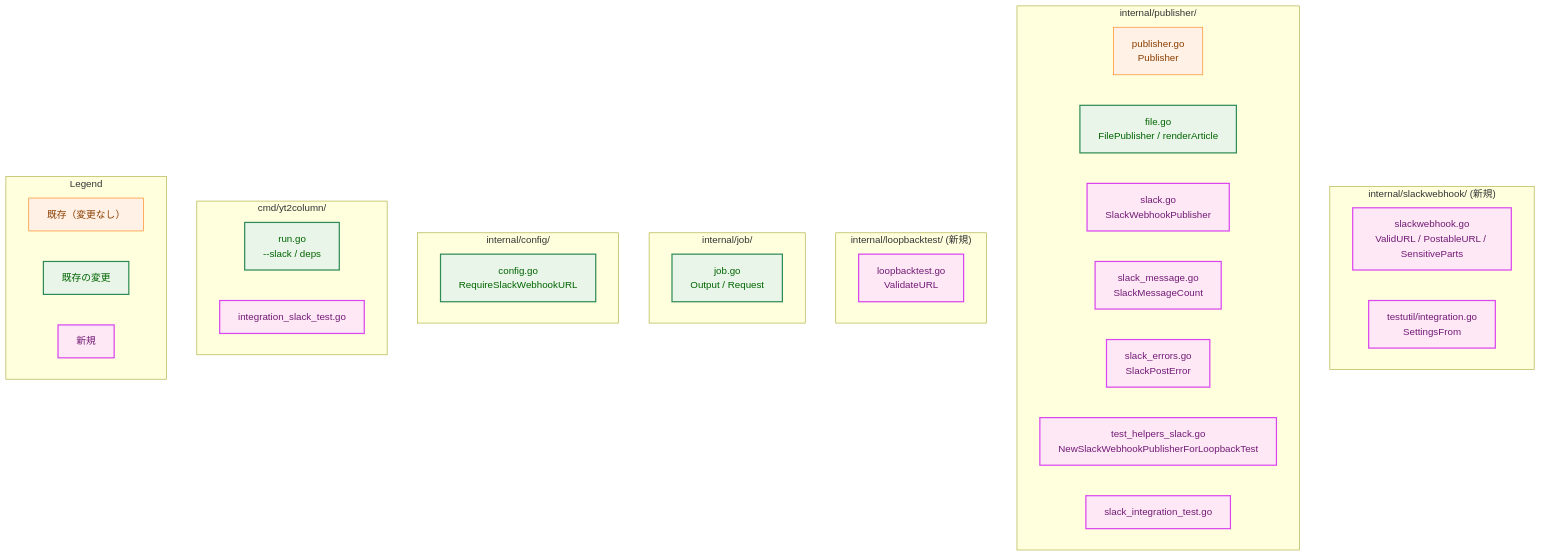
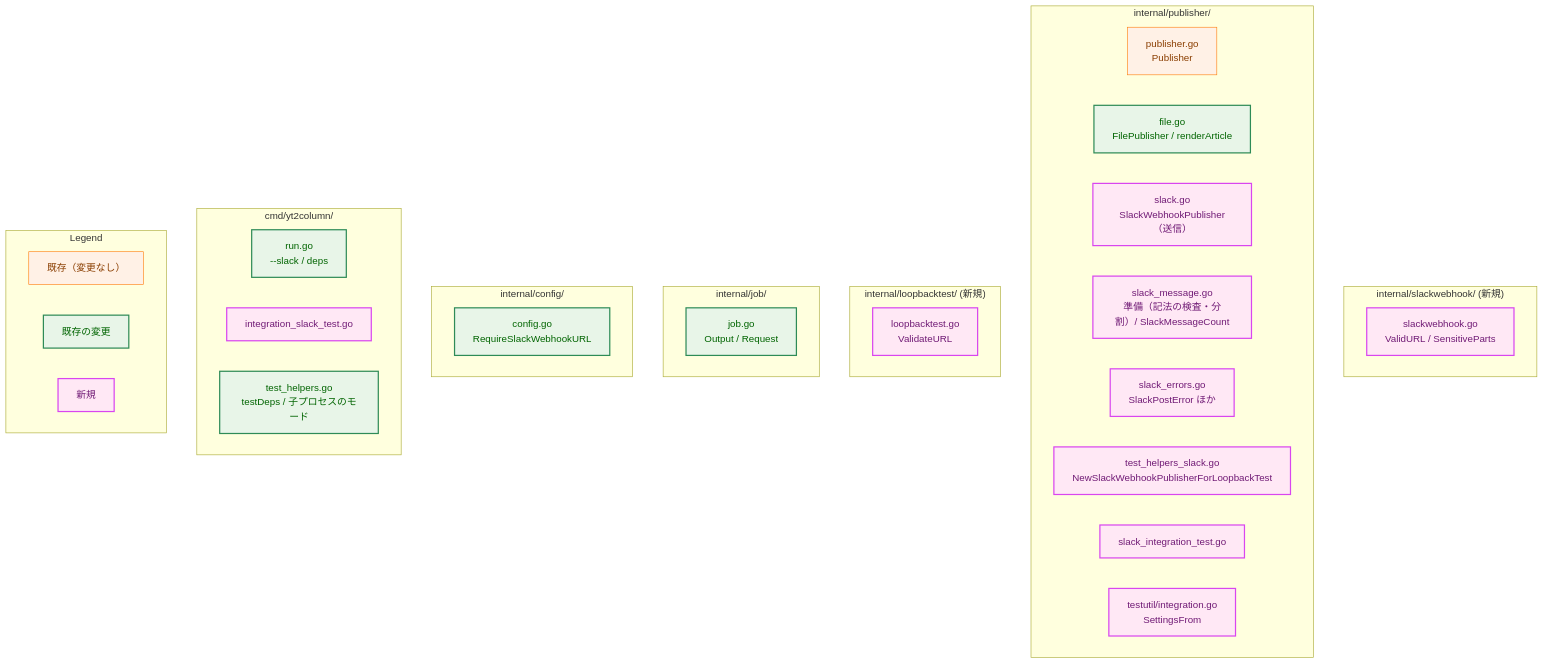
Before and after one commit to isseis/yt2column: the fourth of 7 diagrams in docs/tasks/0006_slack_webhook_publisher/02_architecture.md, drawn with Mermaid. The commit also changed other lines of this file, not shown here.

First line of the commit message:
docs(0006): rewrite the architecture for the Slack-compatible webhook

````diff
--- a/docs/tasks/0006_slack_webhook_publisher/02_architecture.md
+++ b/docs/tasks/0006_slack_webhook_publisher/02_architecture.md
@@ -193,51 +200,52 @@
 ```mermaid
 graph TB
     classDef process fill:#fff1e6,stroke:#ff7f0e,stroke-width:1px,color:#8a3e00;
     classDef enhanced fill:#e8f5e8,stroke:#2e8b57,stroke-width:2px,color:#006400;
     classDef newpkg fill:#ffe8f5,stroke:#d946ef,stroke-width:2px,color:#701a75;
 
     subgraph pkg_sw ["internal/slackwebhook/ (新規)"]
-        SW1["slackwebhook.go<br>ValidURL / PostableURL / SensitiveParts"]
-        SW2["testutil/integration.go<br>SettingsFrom"]
+        SW1["slackwebhook.go<br>ValidURL / SensitiveParts"]
     end
 
     subgraph pkg_pub ["internal/publisher/"]
         P1["publisher.go<br>Publisher"]
         P2["file.go<br>FilePublisher / renderArticle"]
-        P3["slack.go<br>SlackWebhookPublisher"]
-        P4["slack_message.go<br>SlackMessageCount"]
-        P5["slack_errors.go<br>SlackPostError"]
+        P3["slack.go<br>SlackWebhookPublisher（送信）"]
+        P4["slack_message.go<br>準備（記法の検査・分割）/ SlackMessageCount"]
+        P5["slack_errors.go<br>SlackPostError ほか"]
         P6["test_helpers_slack.go<br>NewSlackWebhookPublisherForLoopbackTest"]
         P7["slack_integration_test.go"]
+        P8["testutil/integration.go<br>SettingsFrom"]
     end
 
     subgraph pkg_lb ["internal/loopbacktest/ (新規)"]
         LB1["loopbacktest.go<br>ValidateURL"]
     end
 
     subgraph pkg_job ["internal/job/"]
         J1["job.go<br>Output / Request"]
     end
 
     subgraph pkg_cfg ["internal/config/"]
         CF1["config.go<br>RequireSlackWebhookURL"]
     end
 
     subgraph pkg_cmd ["cmd/yt2column/"]
         C1["run.go<br>--slack / deps"]
         C2["integration_slack_test.go"]
+        C3["test_helpers.go<br>testDeps / 子プロセスのモード"]
     end
 
-    class SW1,SW2,P3,P4,P5,P6,P7,LB1,C2 newpkg
-    class P2,J1,CF1,C1 enhanced
+    class SW1,P3,P4,P5,P6,P7,P8,LB1,C2 newpkg
+    class P2,J1,CF1,C1,C3 enhanced
     class P1 process
 
     subgraph Legend["Legend"]
         L2["既存（変更なし）"]
         L3["既存の変更"]
         L4["新規"]
     end
     class L2 process
     class L3 enhanced
     class L4 newpkg
 ```
````
